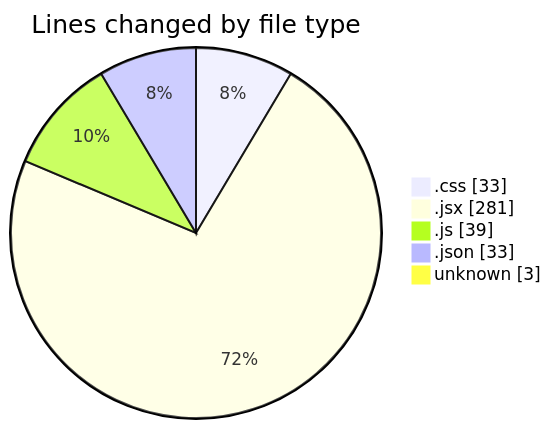
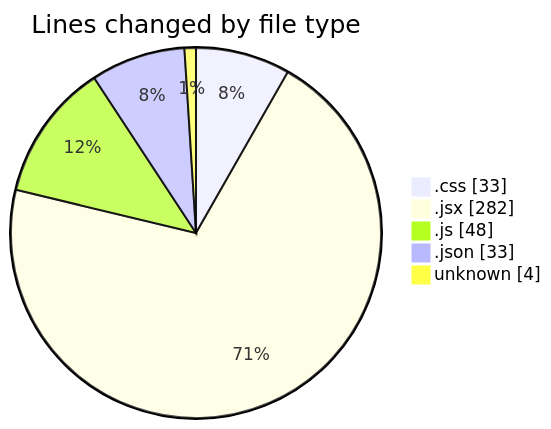
Before and after one commit to Elitesun/code-tracking: the first of 2 diagrams in 2025-02-14/elitegpt/README.md, drawn with Mermaid. The commit also changed other lines of this file and 1 other file, not shown here.

````diff
--- a/2025-02-14/elitegpt/README.md
+++ b/2025-02-14/elitegpt/README.md
@@ -30,9 +31,9 @@
 ```mermaid
 pie showData
 title Lines changed by file type
 ".css" : 33
-".jsx" : 281
-".js" : 39
+".jsx" : 282
+".js" : 48
 ".json" : 33
-"unknown" : 3
+"unknown" : 4
 ```
````
